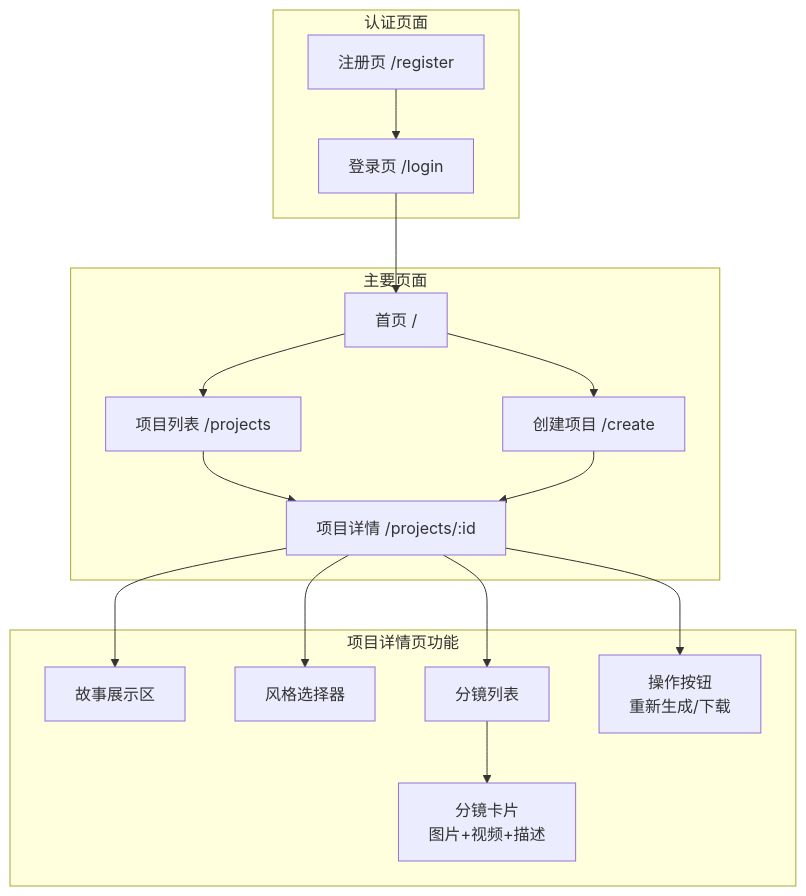
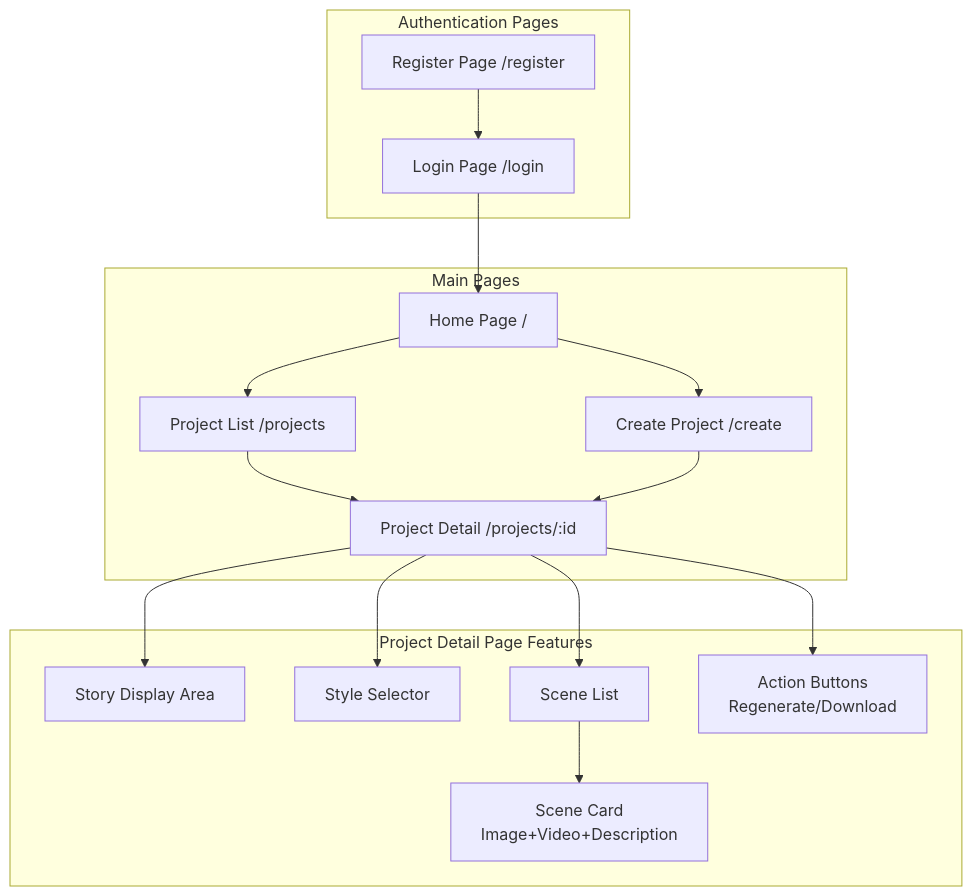
One commit to qq-24/ai-video-seedance changed the fifth of 5 diagrams in architecture.md. Above: the diagram before and after it, drawn with Mermaid. The commit also changed other lines of this file and 45 other files, not shown here.

````diff
--- a/architecture.md
+++ b/architecture.md
@@ -218,35 +218,35 @@
 ```mermaid
 graph TB
-    subgraph Auth["认证页面"]
-        LoginPage[登录页 /login]
-        RegisterPage[注册页 /register]
+    subgraph Auth["Authentication Pages"]
+        LoginPage[Login Page /login]
+        RegisterPage[Register Page /register]
     end
 
-    subgraph Main["主要页面"]
-        HomePage[首页 /]
-        ProjectsPage[项目列表 /projects]
-        CreatePage[创建项目 /create]
-        DetailPage[项目详情 /projects/:id]
+    subgraph Main["Main Pages"]
+        HomePage[Home Page /]
+        ProjectsPage[Project List /projects]
+        CreatePage[Create Project /create]
+        DetailPage[Project Detail /projects/:id]
     end
 
-    subgraph DetailFeatures["项目详情页功能"]
-        StorySection[故事展示区]
-        StyleSelector[风格选择器]
-        ScenesList[分镜列表]
-        SceneCard[分镜卡片<br/>图片+视频+描述]
-        Actions[操作按钮<br/>重新生成/下载]
+    subgraph DetailFeatures["Project Detail Page Features"]
+        StorySection[Story Display Area]
+        StyleSelector[Style Selector]
+        ScenesList[Scene List]
+        SceneCard[Scene Card<br/>Image+Video+Description]
+        Actions[Action Buttons<br/>Regenerate/Download]
     end
 
     HomePage --> CreatePage
     HomePage --> ProjectsPage
     LoginPage --> HomePage
     RegisterPage --> LoginPage
     ProjectsPage --> DetailPage
     CreatePage --> DetailPage
 
     DetailPage --> StorySection
     DetailPage --> StyleSelector
     DetailPage --> ScenesList
     ScenesList --> SceneCard
     DetailPage --> Actions
 ```
````
